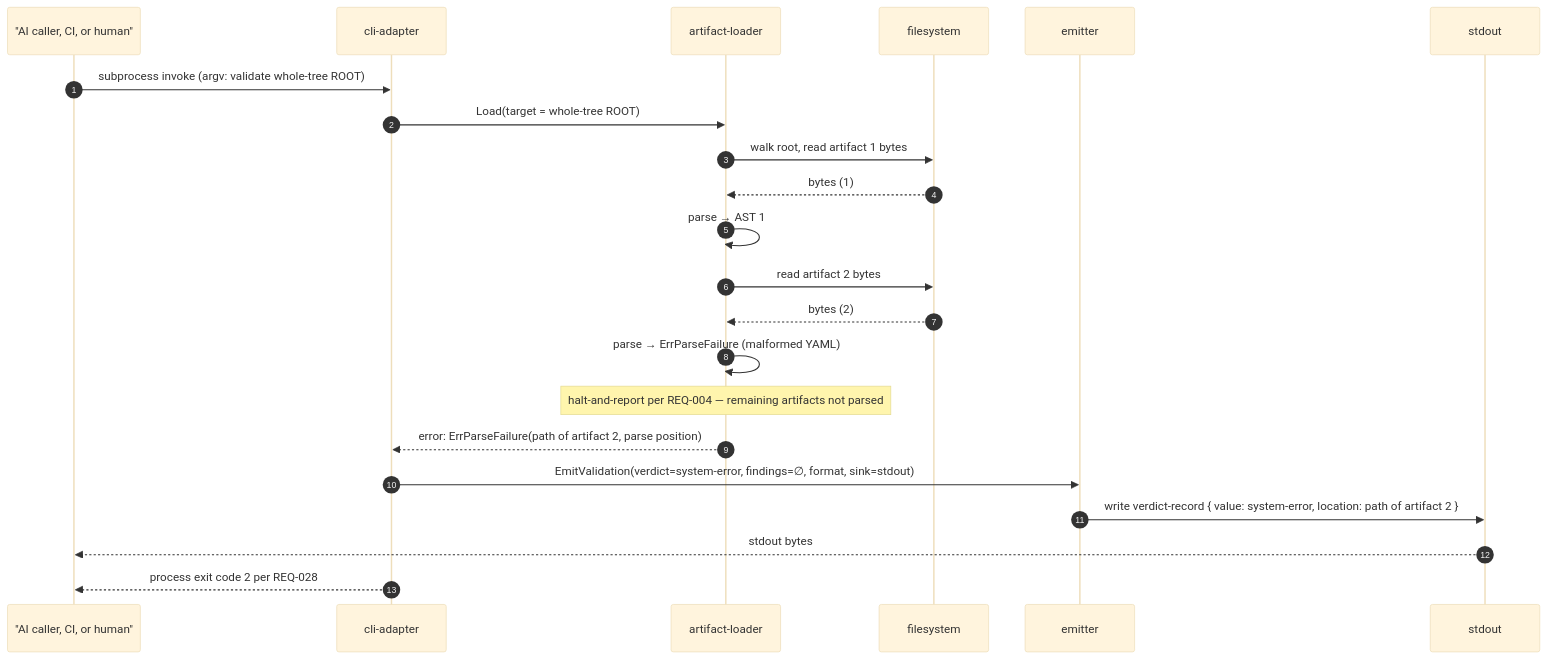
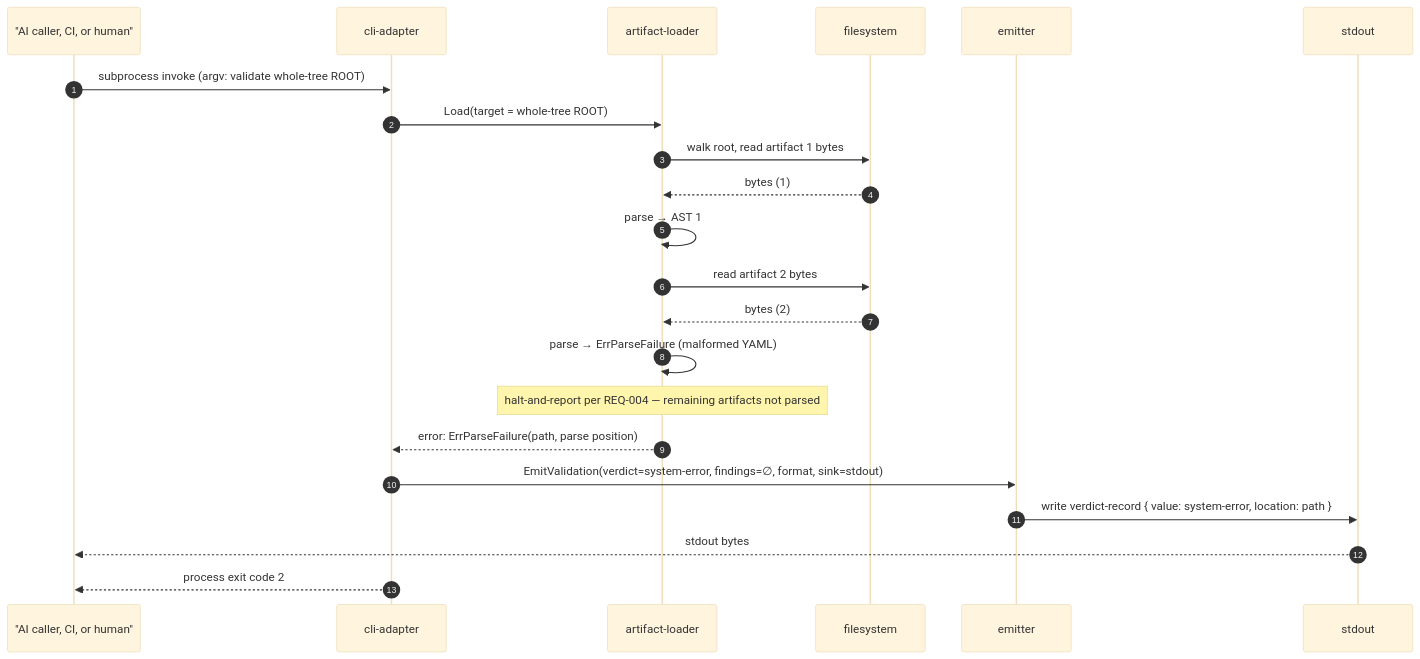
Before and after one commit to StefanusBergenhem/VModelWorkflow: the third of 4 diagrams in specs/architecture.md, drawn with Mermaid (base theme). The commit also changed other lines of this file and 53 other files, not shown here.

````diff
--- a/specs/architecture.md
+++ b/specs/architecture.md
@@ -722,25 +344,25 @@
 ```mermaid
 sequenceDiagram
     autonumber
     participant Caller as "AI caller, CI, or human"
     participant CLI as cli-adapter
     participant Load as artifact-loader
     participant FS as filesystem
     participant Emit as emitter
     participant Out as stdout
 
     Caller->>CLI: subprocess invoke (argv: validate whole-tree ROOT)
     CLI->>Load: Load(target = whole-tree ROOT)
     Load->>FS: walk root, read artifact 1 bytes
     FS-->>Load: bytes (1)
     Load->>Load: parse → AST 1
     Load->>FS: read artifact 2 bytes
     FS-->>Load: bytes (2)
     Load->>Load: parse → ErrParseFailure (malformed YAML)
     Note over Load: halt-and-report per REQ-004 — remaining artifacts not parsed
-    Load-->>CLI: error: ErrParseFailure(path of artifact 2, parse position)
+    Load-->>CLI: error: ErrParseFailure(path, parse position)
     CLI->>Emit: EmitValidation(verdict=system-error, findings=∅, format, sink=stdout)
-    Emit->>Out: write verdict-record { value: system-error, location: path of artifact 2 }
+    Emit->>Out: write verdict-record { value: system-error, location: path }
     Out-->>Caller: stdout bytes
-    CLI-->>Caller: process exit code 2 per REQ-028
+    CLI-->>Caller: process exit code 2
 ```
````
